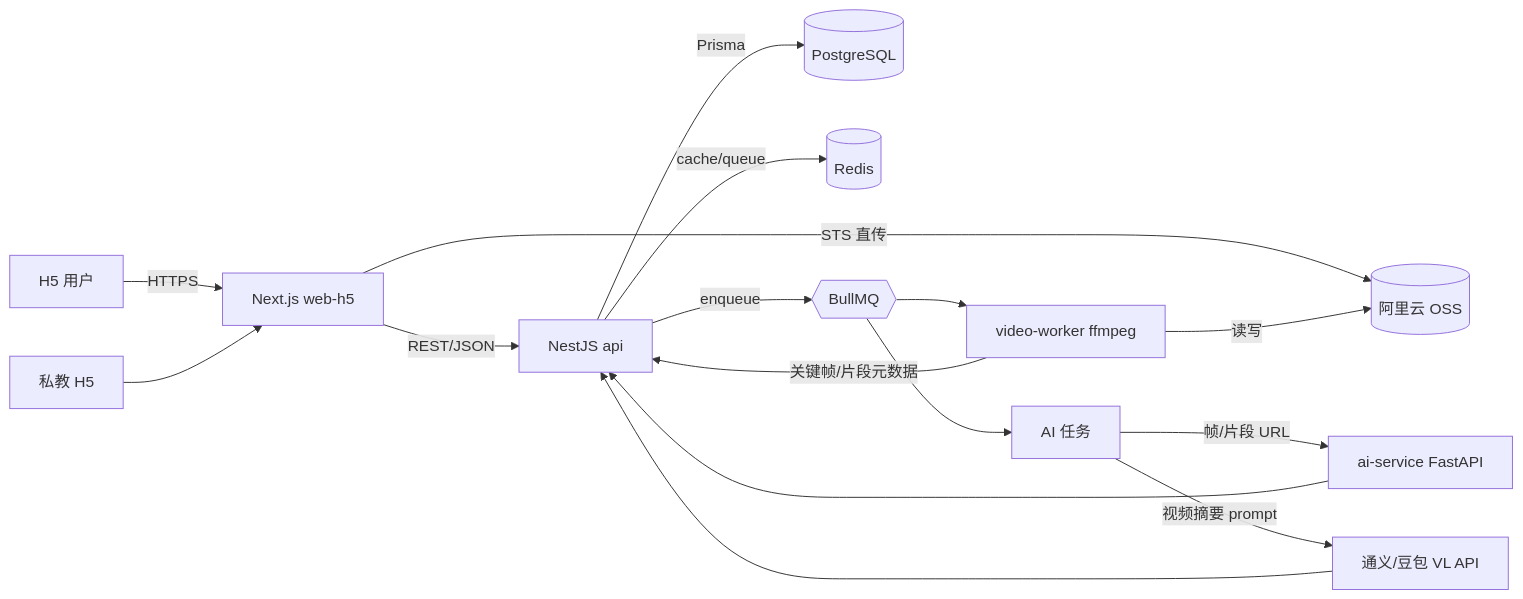
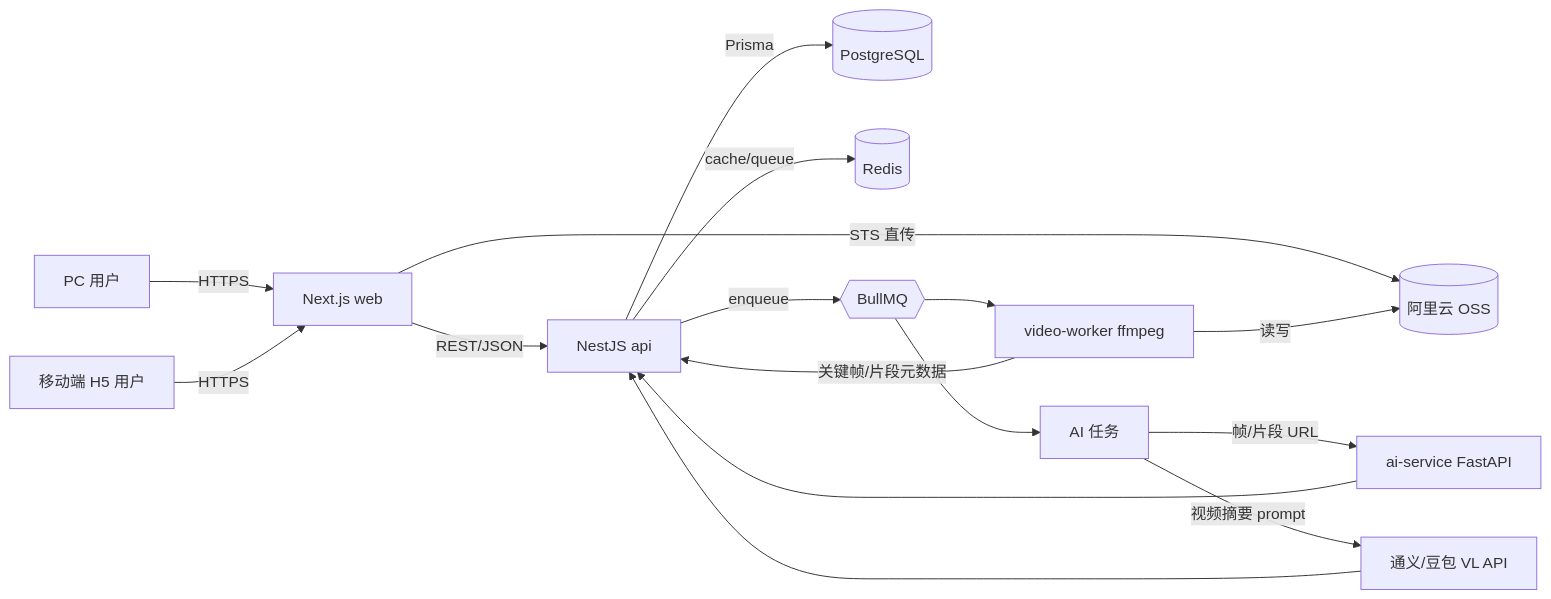
Before and after one commit to chao-chao-bot/CornerMan: the first of 3 diagrams in docs/tech-design.md, drawn with Mermaid. The commit also changed other lines of this file and 11 other files, not shown here.

````diff
--- a/docs/tech-design.md
+++ b/docs/tech-design.md
@@ -62,18 +64,18 @@
 ```mermaid
 flowchart LR
-  User[H5 用户] -->|HTTPS| WebH5[Next.js web-h5]
-  Coach[私教 H5] --> WebH5
-  WebH5 -->|REST/JSON| API[NestJS api]
-  WebH5 -->|STS 直传| OSS[(阿里云 OSS)]
+  PCUser[PC 用户] -->|HTTPS| Web[Next.js web]
+  H5User[移动端 H5 用户] -->|HTTPS| Web
+  Web -->|REST/JSON| API[NestJS api]
+  Web -->|STS 直传| OSS[(阿里云 OSS)]
   API -->|Prisma| PG[(PostgreSQL)]
   API -->|cache/queue| Redis[(Redis)]
   API -->|enqueue| Queue{{BullMQ}}
   Queue --> VideoWorker[video-worker ffmpeg]
   VideoWorker -->|读写| OSS
   VideoWorker -->|关键帧/片段元数据| API
   Queue --> AIJobs[AI 任务]
   AIJobs -->|帧/片段 URL| AIService[ai-service FastAPI]
   AIJobs -->|视频摘要 prompt| LLM[通义/豆包 VL API]
   AIService --> API
   LLM --> API
 ```
````
